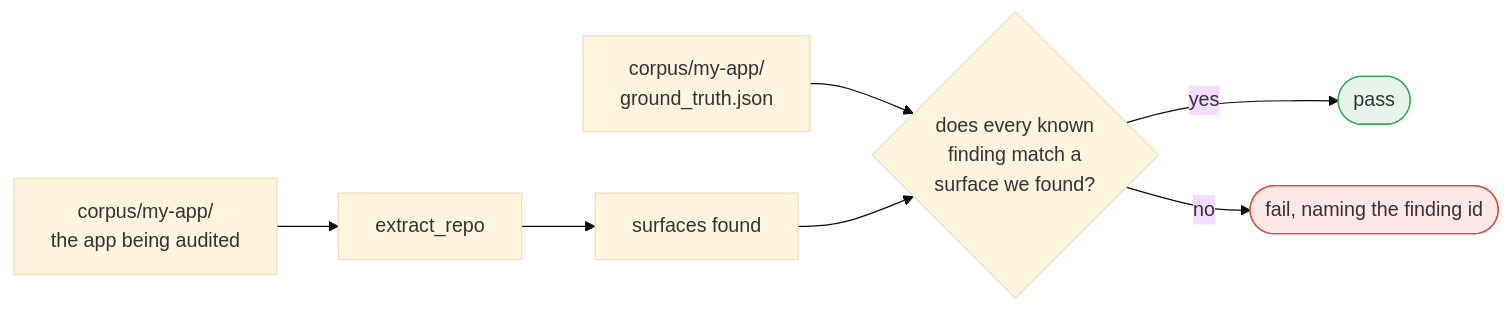
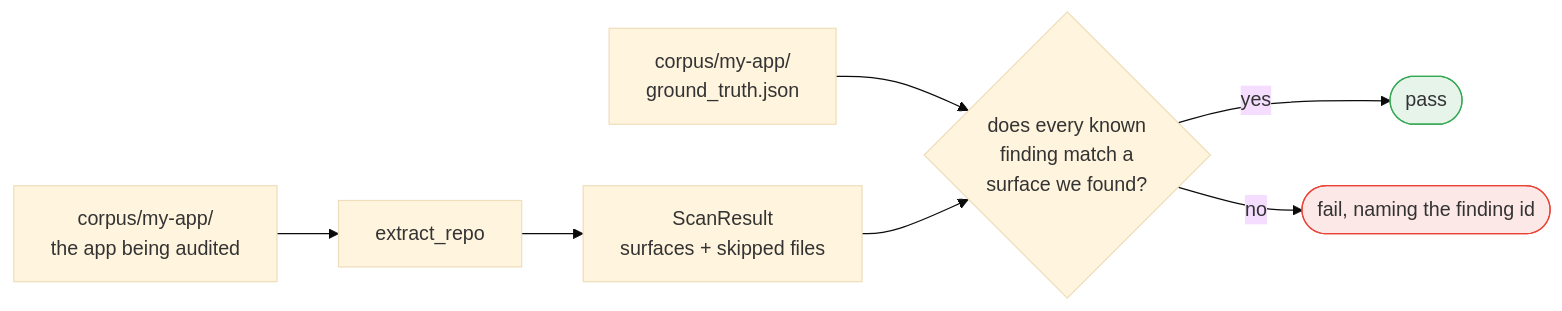
One commit to heinthtnaung/AgenticLLMAppAuditor changed the third of 5 diagrams in docs/FLOW.md. Above: the diagram before and after it, drawn with Mermaid (base theme). The commit also changed other lines of this file and 50 other files, not shown here.

````diff
--- a/docs/FLOW.md
+++ b/docs/FLOW.md
@@ -155,12 +172,12 @@
 ```mermaid
 flowchart LR
     C[corpus/my-app/<br/>the app being audited] --> E[extract_repo]
-    E --> F[surfaces found]
+    E --> F[ScanResult<br/>surfaces + skipped files]
     G[corpus/my-app/<br/>ground_truth.json] --> M{does every known<br/>finding match a<br/>surface we found?}
     F --> M
     M -->|yes| OK([pass])
     M -->|no| BAD([fail, naming the finding id])
 
     style OK fill:#e6f4ea,stroke:#34a853
     style BAD fill:#fce8e6,stroke:#ea4335
 ```
````
